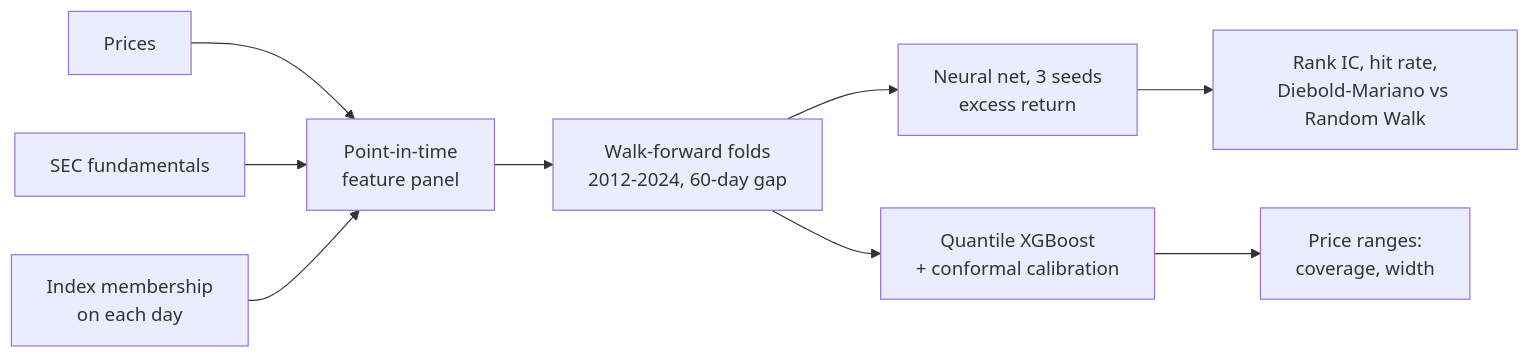
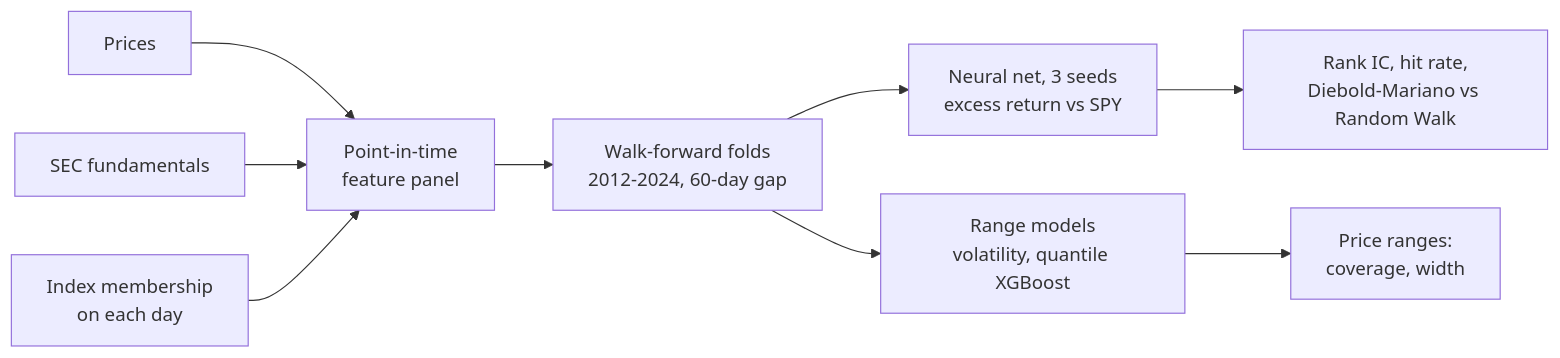
Before and after one commit to Naveed-CoLab/LatticeX: the third of 3 diagrams in README.md, drawn with Mermaid. The commit also changed other lines of this file and 71 other files, not shown here.

````diff
--- a/README.md
+++ b/README.md
@@ -151,11 +367,11 @@
 ```mermaid
 flowchart LR
     A[Prices] --> D[Point-in-time<br/>feature panel]
     B[SEC fundamentals] --> D
     C[Index membership<br/>on each day] --> D
     D --> E[Walk-forward folds<br/>2012-2024, 60-day gap]
-    E --> F[Neural net, 3 seeds<br/>excess return]
-    E --> G[Quantile XGBoost<br/>+ conformal calibration]
+    E --> F[Neural net, 3 seeds<br/>excess return vs SPY]
+    E --> G[Range models<br/>volatility, quantile XGBoost]
     F --> H[Rank IC, hit rate,<br/>Diebold-Mariano vs Random Walk]
     G --> I[Price ranges:<br/>coverage, width]
 ```
````
